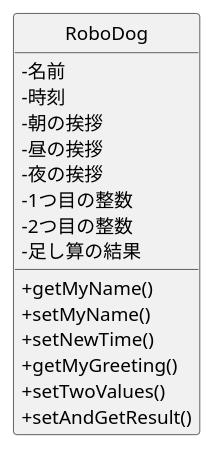
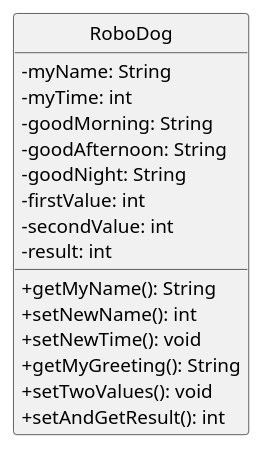
Before and after one commit to amaneko0608/ohara_uml: the diagram in 06_robo_dog/class.pu, drawn with PlantUML. The commit also changed 2 other files, not shown here.

```diff
--- a/06_robo_dog/class.pu
+++ b/06_robo_dog/class.pu
@@ -1,23 +1,23 @@
 @startuml Robodogクラス図
 skinparam classAttributeIconSize 0
 hide circle
  
 class RoboDog {
--名前
--時刻
--朝の挨拶
--昼の挨拶
--夜の挨拶
--1つ目の整数
--2つ目の整数
--足し算の結果
+-myName: String
+-myTime: int
+-goodMorning: String
+-goodAfternoon: String
+-goodNight: String
+-firstValue: int
+-secondValue: int
+-result: int
  
-+getMyName()
-+setMyName()
-+setNewTime()
-+getMyGreeting()
-+setTwoValues()
-+setAndGetResult()
++getMyName(): String
++setNewName(): int
++setNewTime(): void
++getMyGreeting(): String
++setTwoValues(): void
++setAndGetResult(): int
 }
  
 @enduml
```
